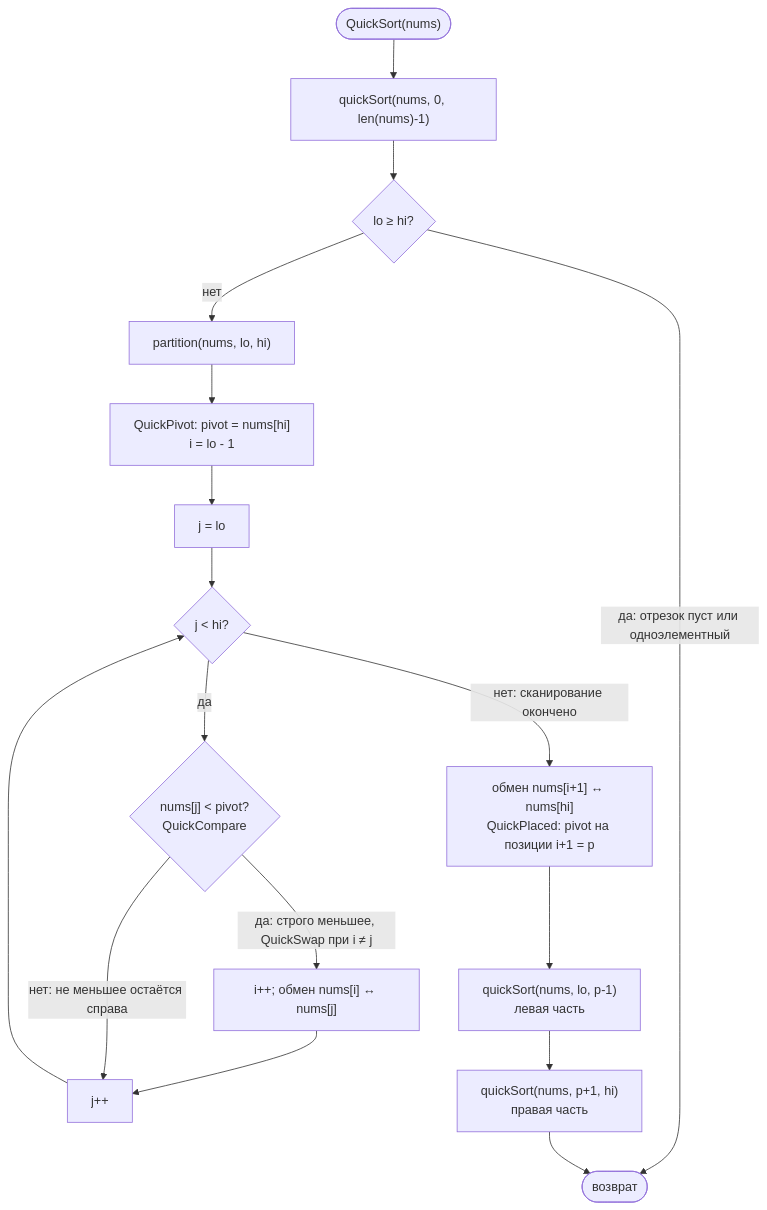
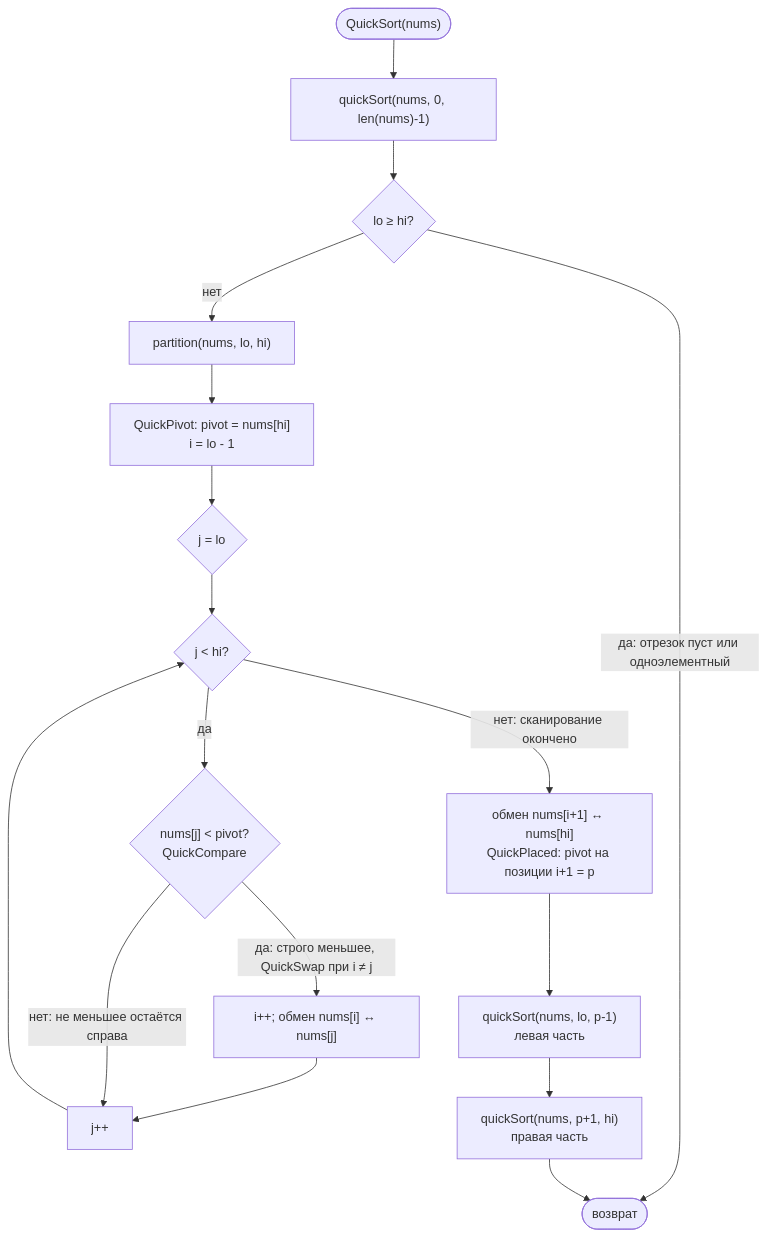
One commit to EvgeniiIvanov/algo changed the third of 3 diagrams in docs/algorithms/merge-quicksort.md. Above: the diagram before and after it, drawn with Mermaid. The commit also changed other lines of this file and 6 other files, not shown here.

````diff
--- a/docs/algorithms/merge-quicksort.md
+++ b/docs/algorithms/merge-quicksort.md
@@ -71,19 +71,19 @@
 ```mermaid
 flowchart TD
-    Q(["QuickSort(nums)"]) --> S["quickSort(nums, 0, len(nums)-1)"]
-    S --> W2{"lo ≥ hi?"}
-    W2 -- "да: отрезок пуст или одноэлементный" --> R([возврат])
-    W2 -- "нет" --> P["partition(nums, lo, hi)"]
-    P --> A["QuickPivot: pivot = nums[hi]<br/>i = lo - 1"]
-    A --> I["j = lo"]
-    I --> J{"j < hi?"}
-    J -- "да" --> C{"nums[j] < pivot?<br/>QuickCompare"}
-    C -- "да: строго меньшее, QuickSwap при i ≠ j" --> F["i++; обмен nums[i] ↔ nums[j]"]
-    F --> B["j++"]
-    C -- "нет: не меньшее остаётся справа" --> B
-    B --> J
-    J -- "нет: сканирование окончено" --> K["обмен nums[i+1] ↔ nums[hi]<br/>QuickPlaced: pivot на позиции i+1 = p"]
-    K --> L["quickSort(nums, lo, p-1)<br/>левая часть"]
-    L --> M["quickSort(nums, p+1, hi)<br/>правая часть"]
-    M --> R
+    QsStart(["QuickSort(nums)"]) --> QsRecurse["quickSort(nums, 0, len(nums)-1)"]
+    QsRecurse --> QsBase{"lo ≥ hi?"}
+    QsBase -- "да: отрезок пуст или одноэлементный" --> QsReturn([возврат])
+    QsBase -- "нет" --> QsPartition["partition(nums, lo, hi)"]
+    QsPartition --> QsPivot["QuickPivot: pivot = nums[hi]<br/>i = lo - 1"]
+    QsPivot --> QsScanInit{"j = lo"}
+    QsScanInit --> QsBounds{"j < hi?"}
+    QsBounds -- "да" --> QsCompare{"nums[j] < pivot?<br/>QuickCompare"}
+    QsCompare -- "да: строго меньшее, QuickSwap при i ≠ j" --> QsSwap["i++; обмен nums[i] ↔ nums[j]"]
+    QsSwap --> QsNext["j++"]
+    QsCompare -- "нет: не меньшее остаётся справа" --> QsNext
+    QsNext --> QsBounds
+    QsBounds -- "нет: сканирование окончено" --> QsPlace["обмен nums[i+1] ↔ nums[hi]<br/>QuickPlaced: pivot на позиции i+1 = p"]
+    QsPlace --> QsLeft["quickSort(nums, lo, p-1)<br/>левая часть"]
+    QsLeft --> QsRight["quickSort(nums, p+1, hi)<br/>правая часть"]
+    QsRight --> QsReturn
 ```
````
